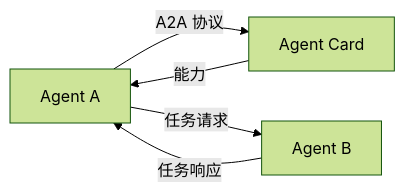
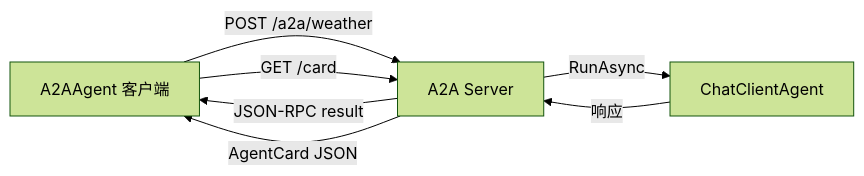
Before and after one commit to yanziyang/learn-Microsoft-Agent-Framework: the diagram in docs/zh/s16-a2a-protocol.md, drawn with Mermaid (forest theme). The commit also changed other lines of this file and 97 other files, not shown here.

````diff
--- a/docs/zh/s16-a2a-protocol.md
+++ b/docs/zh/s16-a2a-protocol.md
@@ -15,7 +15,9 @@
 ```mermaid
 graph LR
-    A[Agent A] -->|A2A 协议| B[Agent Card]
-    B -->|能力| A
-    A -->|任务请求| C[Agent B]
-    C -->|任务响应| A
+    A[A2AAgent 客户端] -->|POST /a2a/weather| B[A2A Server]
+    B -->|RunAsync| C[ChatClientAgent]
+    C -->|响应| B
+    B -->|JSON-RPC result| A
+    A -->|GET /card| B
+    B -->|AgentCard JSON| A
 ```
````
